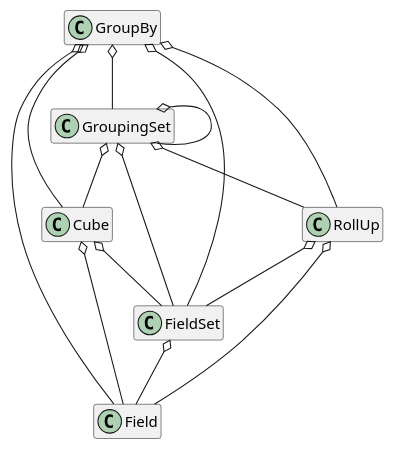
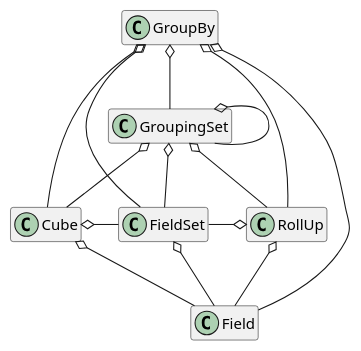
One commit to rekalogika/rekalogika-docs changed the diagram in docs/doctrine-advanced-group-by/diagrams/groupby.puml. Above: the diagram before and after it, drawn with PlantUML.

```diff
--- a/docs/doctrine-advanced-group-by/diagrams/groupby.puml
+++ b/docs/doctrine-advanced-group-by/diagrams/groupby.puml
@@ -1,44 +1,44 @@
 @startuml
 
 hide empty members
 
 class GroupBy {
 }
 
 GroupBy o-- GroupingSet
 GroupBy o-- FieldSet
 GroupBy o-- Field
 GroupBy o-- Cube
 GroupBy o-- RollUp
 
 class GroupingSet {
 }
 
 GroupingSet o-- Cube
 GroupingSet o-- RollUp
 GroupingSet o-- FieldSet
 GroupingSet o-- GroupingSet
 
 class Cube {
 }
 
-Cube o-- FieldSet
 Cube o-- Field
 
 class RollUp {
 }
 
-RollUp o-- FieldSet
 RollUp o-- Field
 
 class FieldSet {
 }
 
+Cube o- FieldSet
 FieldSet o-- Field
+FieldSet -o RollUp
 
 class Field {
 }
 
 
 
 @enduml
```
